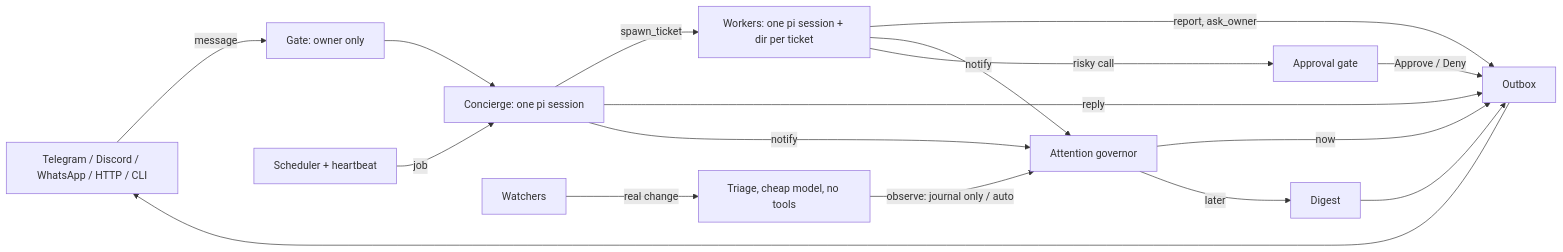
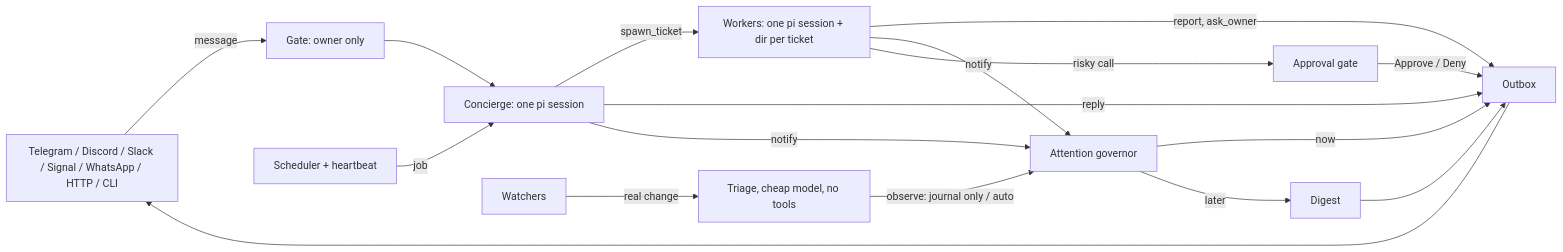
Before and after one commit to Ayesha-Imr/vigil-agent: the diagram in README.md, drawn with Mermaid. The commit also changed other lines of this file and 2 other files, not shown here.

````diff
--- a/README.md
+++ b/README.md
@@ -196,17 +222,17 @@
 ```mermaid
 flowchart LR
-  CH[Telegram / Discord / WhatsApp / HTTP / CLI] -->|message| G[Gate: owner only]
+  CH[Telegram / Discord / Slack / Signal / WhatsApp / HTTP / CLI] -->|message| G[Gate: owner only]
   CL[Scheduler + heartbeat] -->|job| C
   W[Watchers] -->|real change| T[Triage, cheap model, no tools]
   G --> C[Concierge: one pi session]
   T -->|observe: journal only / auto| N
   C -->|spawn_ticket| K[Workers: one pi session + dir per ticket]
   K -->|report, ask_owner| O
   C -->|reply| O[Outbox]
   C -->|notify| N[Attention governor]
   K -->|notify| N
   N -->|now| O
   N -->|later| D[Digest] --> O
   K -->|risky call| A[Approval gate] -->|Approve / Deny| O
   O --> CH
 ```
````
